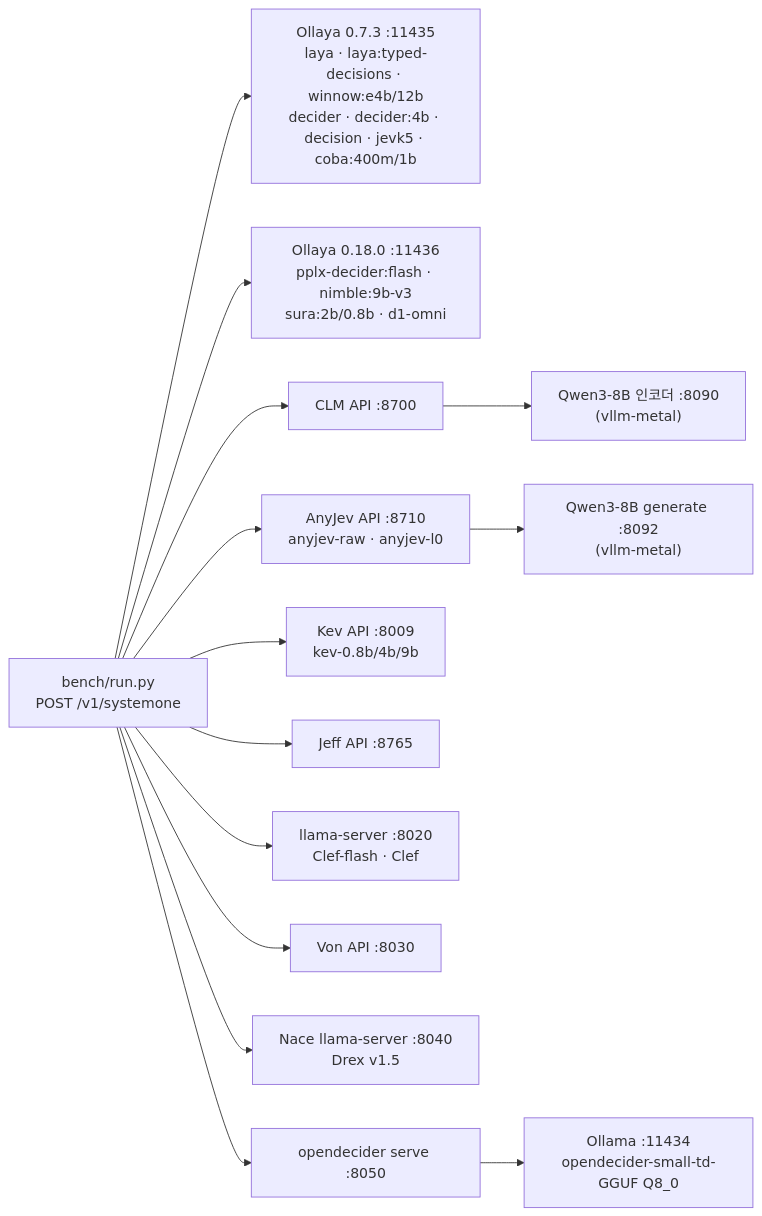
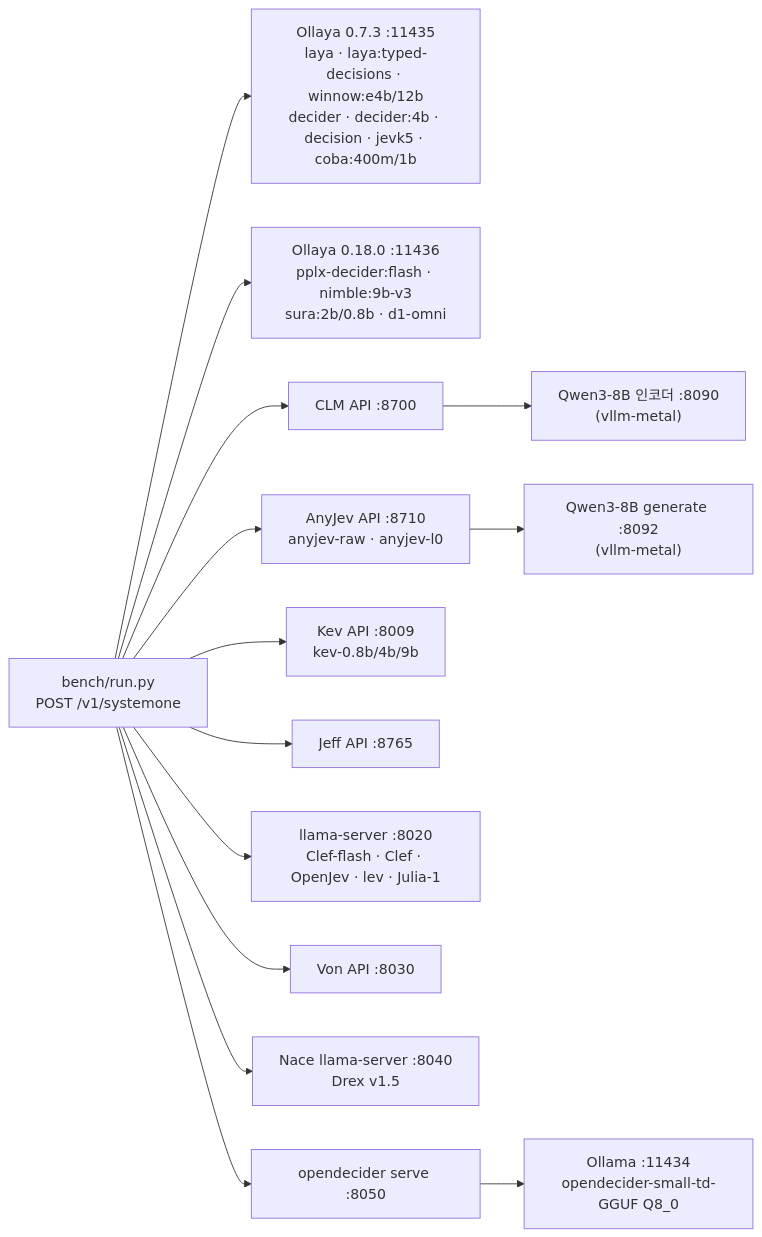
One commit to tak-bro/local-jev-bench changed the diagram in README.ko.md. Above: the diagram before and after it, drawn with Mermaid. The commit also changed other lines of this file and 37 other files, not shown here.

First line of the commit message:
feat(bench): add OpenJev, lev and Julia-1 llama.cpp engines (#26)

````diff
--- a/README.ko.md
+++ b/README.ko.md
@@ -96,19 +103,19 @@
 ```mermaid
 flowchart LR
     client["bench/run.py<br/>POST /v1/systemone"]
 
     client --> ollaya1["Ollaya 0.7.3 :11435<br/>laya · laya:typed-decisions · winnow:e4b/12b<br/>decider · decider:4b · decision · jevk5 · coba:400m/1b"]
     client --> ollaya2["Ollaya 0.18.0 :11436<br/>pplx-decider:flash · nimble:9b-v3<br/>sura:2b/0.8b · d1-omni"]
     client --> clmapi["CLM API :8700"]
     client --> anyjevapi["AnyJev API :8710<br/>anyjev-raw · anyjev-l0"]
     client --> kevapi["Kev API :8009<br/>kev-0.8b/4b/9b"]
     client --> jeffapi["Jeff API :8765"]
-    client --> llama["llama-server :8020<br/>Clef-flash · Clef"]
+    client --> llama["llama-server :8020<br/>Clef-flash · Clef · OpenJev · lev · Julia-1"]
     client --> vonapi["Von API :8030"]
     client --> drexapi["Nace llama-server :8040<br/>Drex v1.5"]
     client --> odapi["opendecider serve :8050"]
 
     clmapi --> embed8090["Qwen3-8B 인코더 :8090<br/>(vllm-metal)"]
     anyjevapi --> gen8092["Qwen3-8B generate :8092<br/>(vllm-metal)"]
     odapi --> ollama["Ollama :11434<br/>opendecider-small-td-GGUF Q8_0"]
 ```
````
